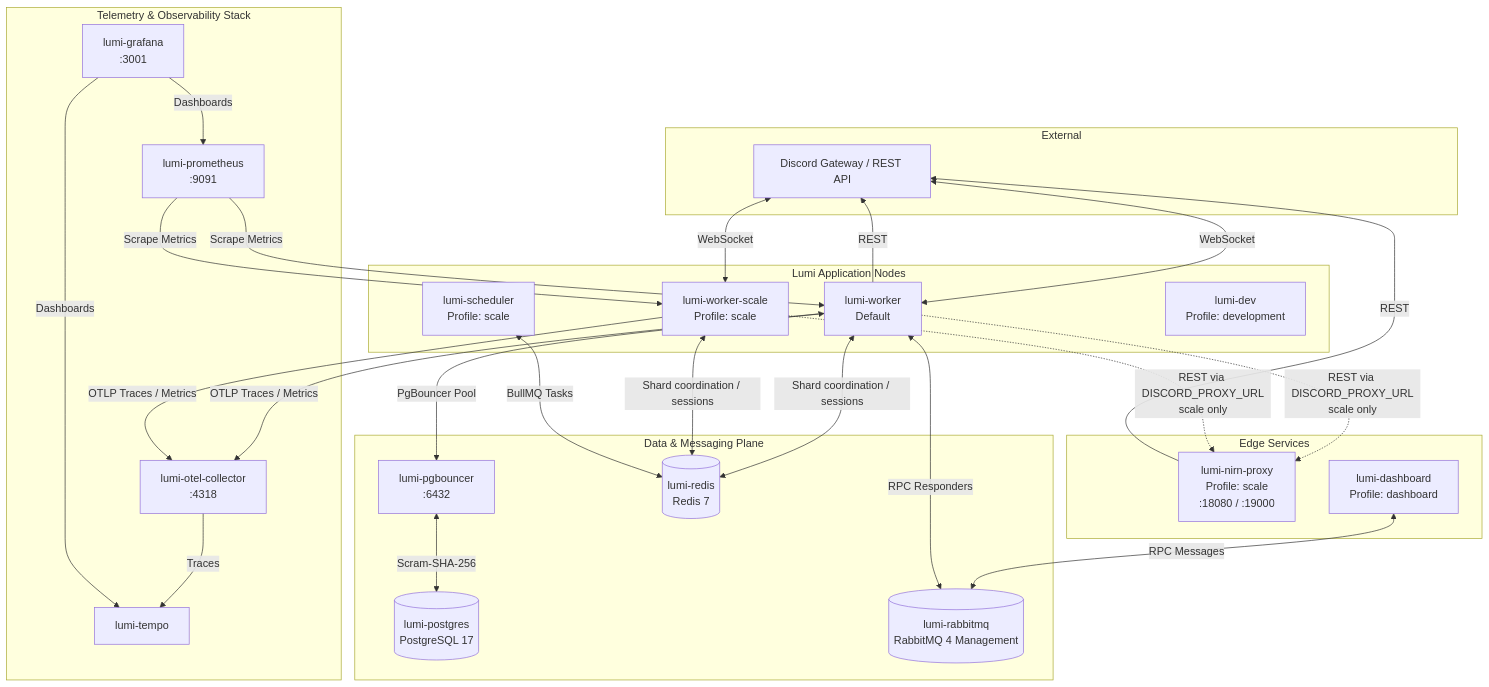
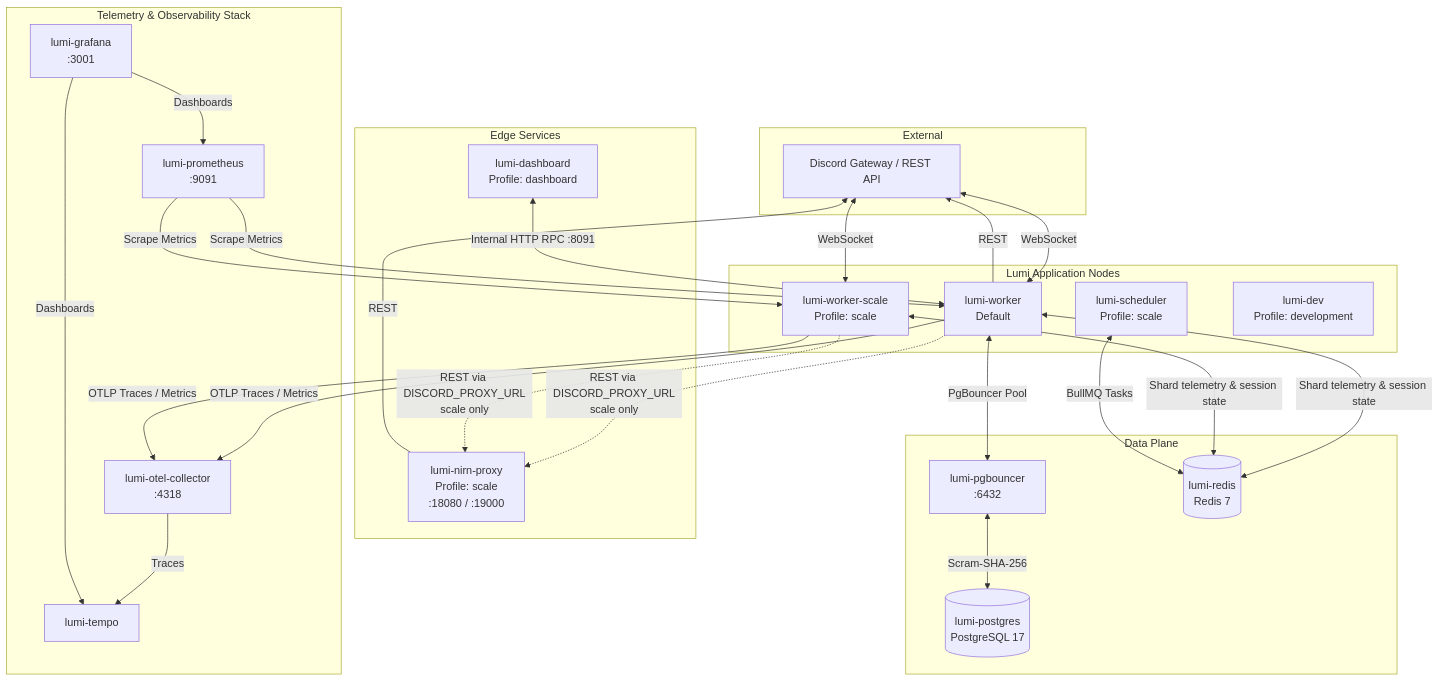
The first of 2 diagrams in deploy/docker/README.md (lumi-devs/Lumi), drawn with Mermaid before and after one commit. The commit also changed other lines of this file and 226 other files, not shown here.

````diff
--- a/deploy/docker/README.md
+++ b/deploy/docker/README.md
@@ -35,58 +35,56 @@
 ```mermaid
 flowchart TD
     subgraph External
         Discord[Discord Gateway / REST API]
     end
 
     subgraph Edge Services
         NP[lumi-nirn-proxy<br/>Profile: scale<br/>:18080 / :19000]
         Dash[lumi-dashboard<br/>Profile: dashboard]
     end
 
     subgraph Lumi Application Nodes
         W[lumi-worker<br/>Default]
         WS[lumi-worker-scale<br/>Profile: scale]
         Sched[lumi-scheduler<br/>Profile: scale]
         Dev[lumi-dev<br/>Profile: development]
     end
 
-    subgraph Data & Messaging Plane
+    subgraph Data Plane
         PGB[lumi-pgbouncer<br/>:6432]
         PG[(lumi-postgres<br/>PostgreSQL 17)]
         Redis[(lumi-redis<br/>Redis 7)]
-        RMQ[(lumi-rabbitmq<br/>RabbitMQ 4 Management)]
     end
 
     subgraph Telemetry & Observability Stack
         OTEL[lumi-otel-collector<br/>:4318]
         Prom[lumi-prometheus<br/>:9091]
         Tempo[lumi-tempo]
         Graf[lumi-grafana<br/>:3001]
     end
 
     Discord <-->|WebSocket| W
     Discord <-->|WebSocket| WS
     W -->|REST| Discord
     NP -->|REST| Discord
 
     W -.->|REST via DISCORD_PROXY_URL<br/>scale only| NP
     WS -.->|REST via DISCORD_PROXY_URL<br/>scale only| NP
 
-    W <-->|Shard coordination / sessions| Redis
-    WS <-->|Shard coordination / sessions| Redis
+    W <-->|Shard telemetry & session state| Redis
+    WS <-->|Shard telemetry & session state| Redis
     W <-->|PgBouncer Pool| PGB
     PGB <-->|Scram-SHA-256| PG
 
-    Dash <-->|RPC Messages| RMQ
-    W <-->|RPC Responders| RMQ
+    Dash <-->|Internal HTTP RPC :8091| W
 
     Sched <-->|BullMQ Tasks| Redis
 
     W -->|OTLP Traces / Metrics| OTEL
     WS -->|OTLP Traces / Metrics| OTEL
     OTEL -->|Traces| Tempo
     Prom -->|Scrape Metrics| W
     Prom -->|Scrape Metrics| WS
     Graf -->|Dashboards| Prom
     Graf -->|Dashboards| Tempo
 ```
````
